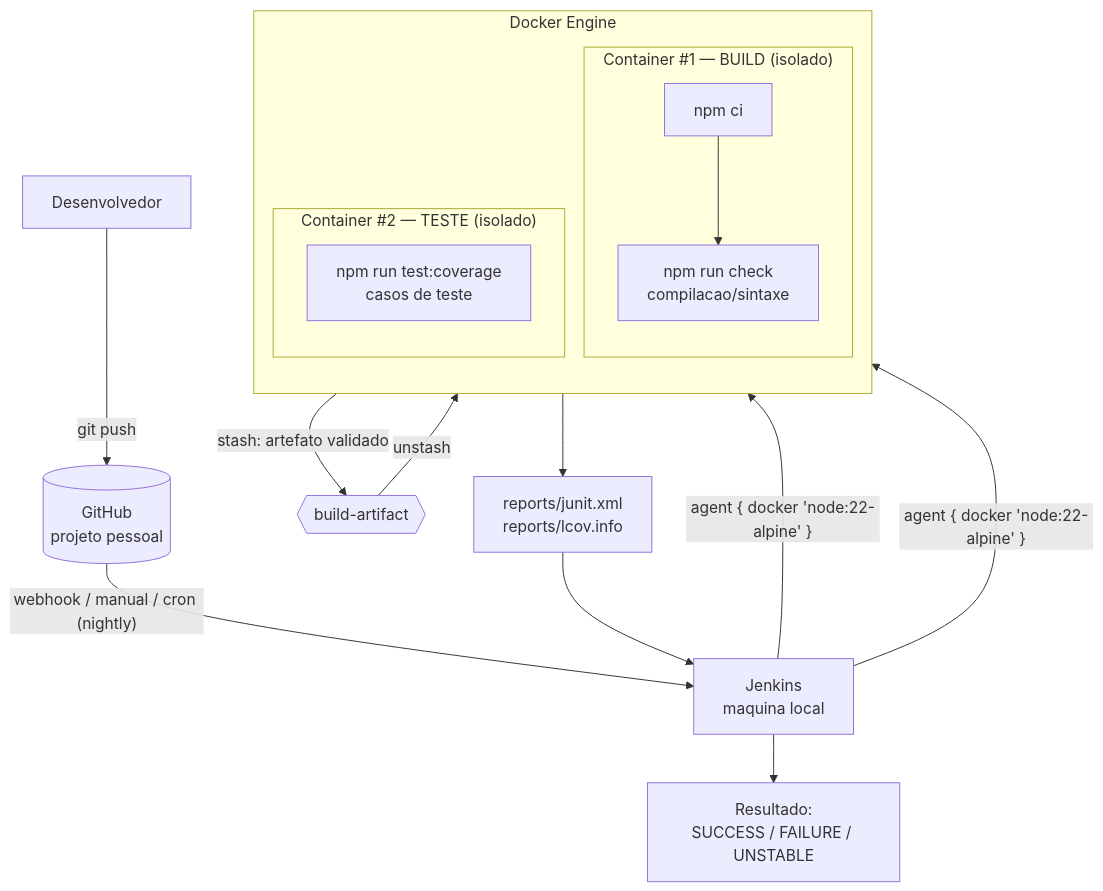
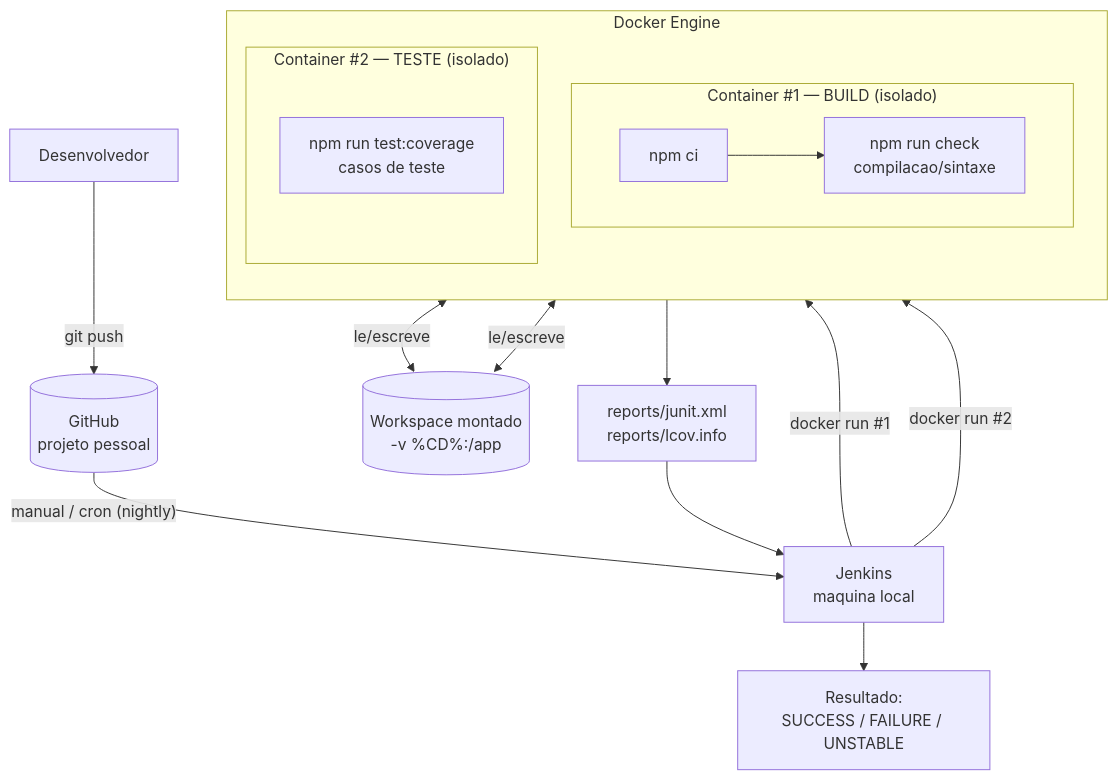
The second of 3 diagrams in docs/arquitetura-docker.md (DanielTrindade/jenkins-trabalho), drawn with Mermaid before and after one commit. The commit also changed other lines of this file and 6 other files, not shown here.

First line of the commit message:
docs(ci): sincroniza docs, roteiro e slides com a abordagem docker run

````diff
--- a/docs/arquitetura-docker.md
+++ b/docs/arquitetura-docker.md
@@ -44,26 +44,28 @@
 ```mermaid
 flowchart TD
     Dev[Desenvolvedor] -->|git push| GH[(GitHub<br/>projeto pessoal)]
-    GH -->|"webhook / manual / cron (nightly)"| J[Jenkins<br/>maquina local]
+    GH -->|"manual / cron (nightly)"| J[Jenkins<br/>maquina local]
 
-    J -->|"agent { docker 'node:22-alpine' }"| BuildC
-    J -->|"agent { docker 'node:22-alpine' }"| TestC
+    J -->|"docker run #1"| BuildC
+    J -->|"docker run #2"| TestC
 
     subgraph Docker["Docker Engine"]
         direction TB
         subgraph BuildC["Container #1 — BUILD (isolado)"]
             B1[npm ci]
             B2[npm run check<br/>compilacao/sintaxe]
             B1 --> B2
         end
         subgraph TestC["Container #2 — TESTE (isolado)"]
             T1[npm run test:coverage<br/>casos de teste]
         end
     end
 
-    B2 -->|"stash: artefato validado"| ART{{build-artifact}}
-    ART -->|"unstash"| T1
+    WS[(Workspace montado<br/>-v %CD%:/app)]
+    BuildC <-->|le/escreve| WS
+    TestC  <-->|le/escreve| WS
+
     T1 --> R[reports/junit.xml<br/>reports/lcov.info]
     R --> J
     J --> Result["Resultado:<br/>SUCCESS / FAILURE / UNSTABLE"]
 ```
````
